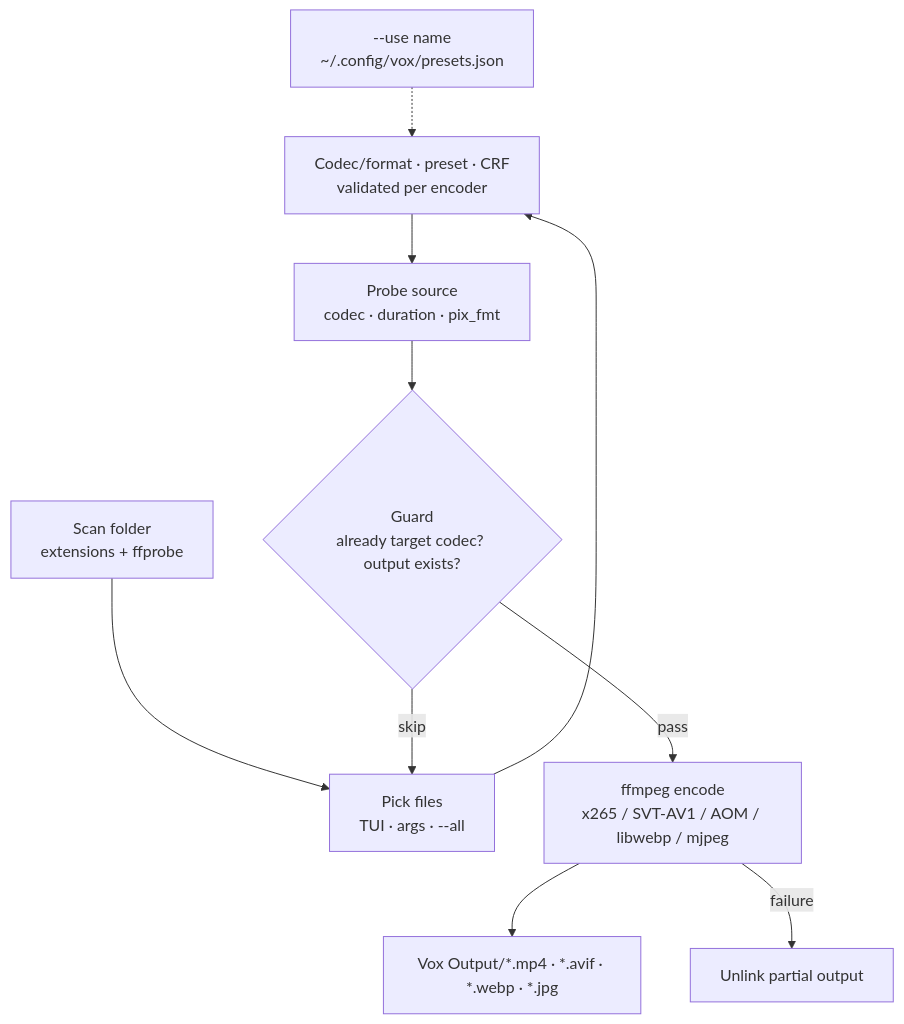
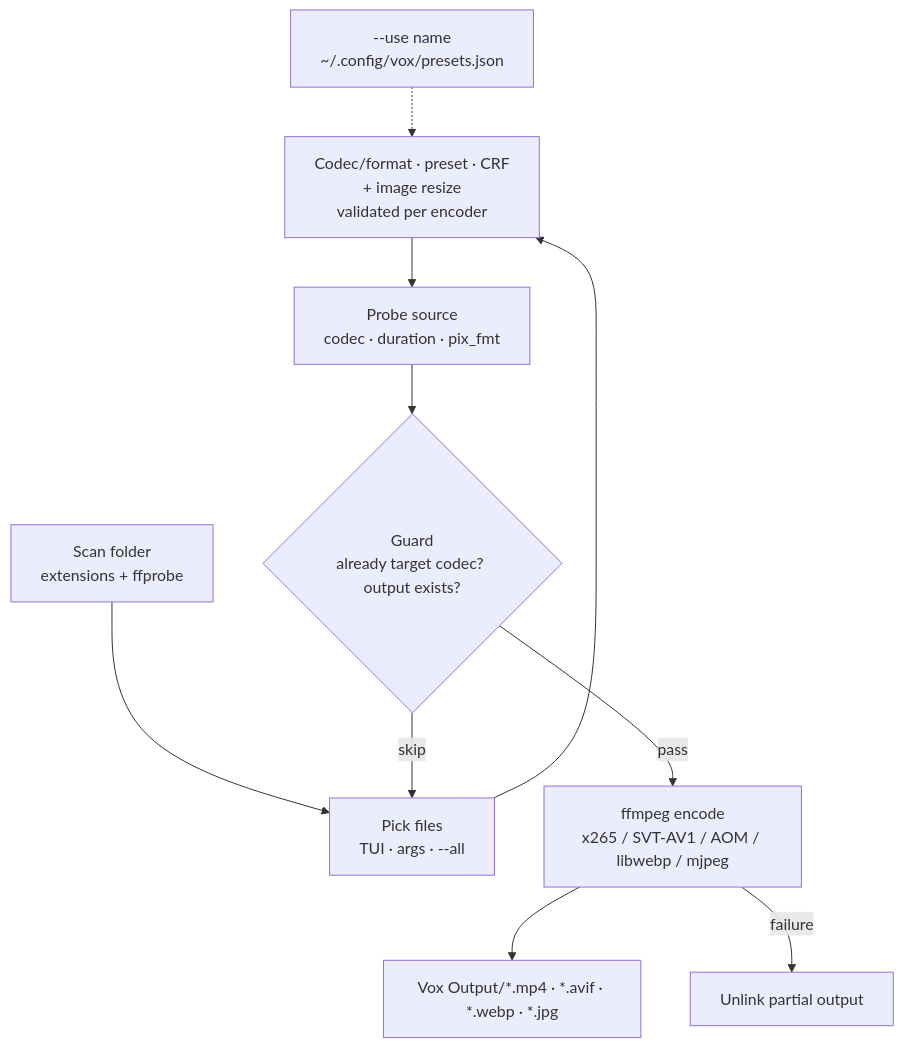
One commit to FirozChauhan/ArchUtils changed the diagram in Vox/README.md. Above: the diagram before and after it, drawn with Mermaid. The commit also changed other lines of this file and 1 other file, not shown here.

Commit message:
vox image resol

````diff
--- a/Vox/README.md
+++ b/Vox/README.md
@@ -126,12 +131,12 @@
 ```mermaid
 flowchart TD
     P[--use name<br/>~/.config/vox/presets.json] -.-> C
     A[Scan folder<br/>extensions + ffprobe] --> B[Pick files<br/>TUI · args · --all]
-    B --> C[Codec/format · preset · CRF<br/>validated per encoder]
+    B --> C[Codec/format · preset · CRF<br/>+ image resize<br/>validated per encoder]
     C --> D[Probe source<br/>codec · duration · pix_fmt]
     D --> E{Guard<br/>already target codec? output exists?}
     E -- skip --> B
     E -- pass --> F[ffmpeg encode<br/>x265 / SVT-AV1 / AOM / libwebp / mjpeg]
     F --> G[Vox Output/*.mp4 · *.avif · *.webp · *.jpg]
     F -- failure --> H[Unlink partial output]
 ```
````
